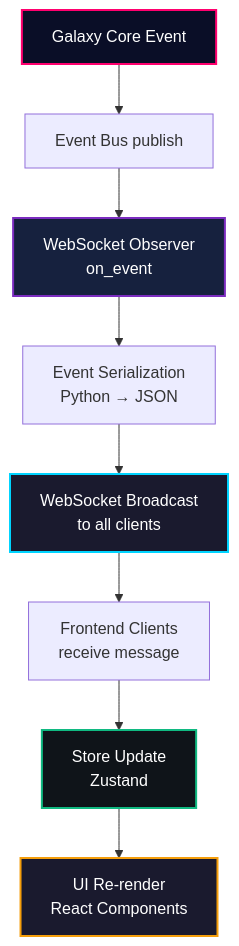
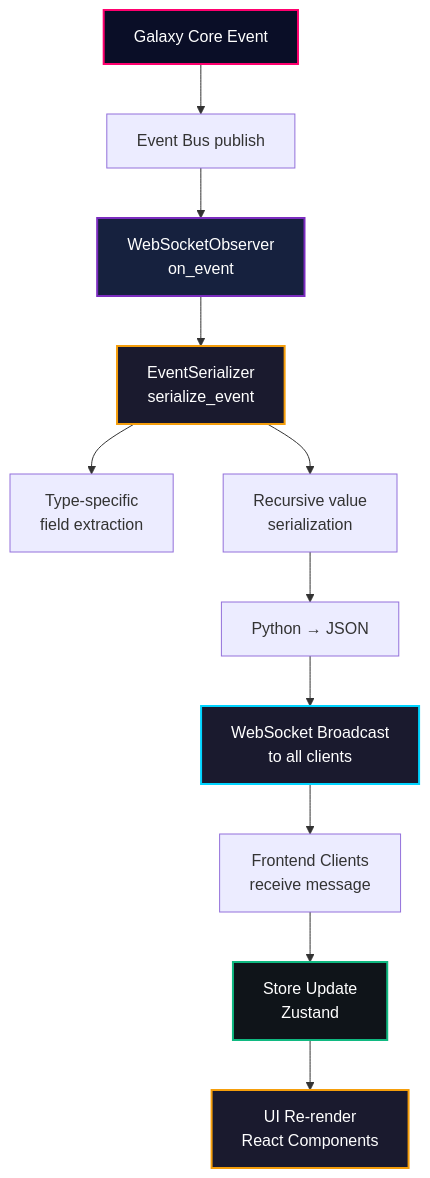
One commit to microsoft/UFO changed the third of 3 diagrams in documents/docs/galaxy/webui.md. Above: the diagram before and after it, drawn with Mermaid. The commit also changed other lines of this file and 2 other files, not shown here.

````diff
--- a/documents/docs/galaxy/webui.md
+++ b/documents/docs/galaxy/webui.md
@@ -504,16 +769,20 @@
 ```mermaid
 flowchart TD
     A[Galaxy Core Event] --> B[Event Bus publish]
-    B --> C[WebSocket Observer<br/>on_event]
-    C --> D[Event Serialization<br/>Python → JSON]
-    D --> E[WebSocket Broadcast<br/>to all clients]
+    B --> C[WebSocketObserver<br/>on_event]
+    C --> D[EventSerializer<br/>serialize_event]
+    D --> D1[Type-specific<br/>field extraction]
+    D --> D2[Recursive value<br/>serialization]
+    D2 --> D3[Python → JSON]
+    D3 --> E[WebSocket Broadcast<br/>to all clients]
     E --> F[Frontend Clients<br/>receive message]
     F --> G[Store Update<br/>Zustand]
     G --> H[UI Re-render<br/>React Components]
     
     style A fill:#0a0e27,stroke:#ff006e,stroke-width:2px,color:#fff
     style C fill:#16213e,stroke:#7b2cbf,stroke-width:2px,color:#fff
+    style D fill:#1a1a2e,stroke:#f59e0b,stroke-width:2px,color:#fff
     style E fill:#1a1a2e,stroke:#00d4ff,stroke-width:2px,color:#fff
     style G fill:#0f1419,stroke:#10b981,stroke-width:2px,color:#fff
     style H fill:#1a1a2e,stroke:#f59e0b,stroke-width:2px,color:#fff
 ```
````
